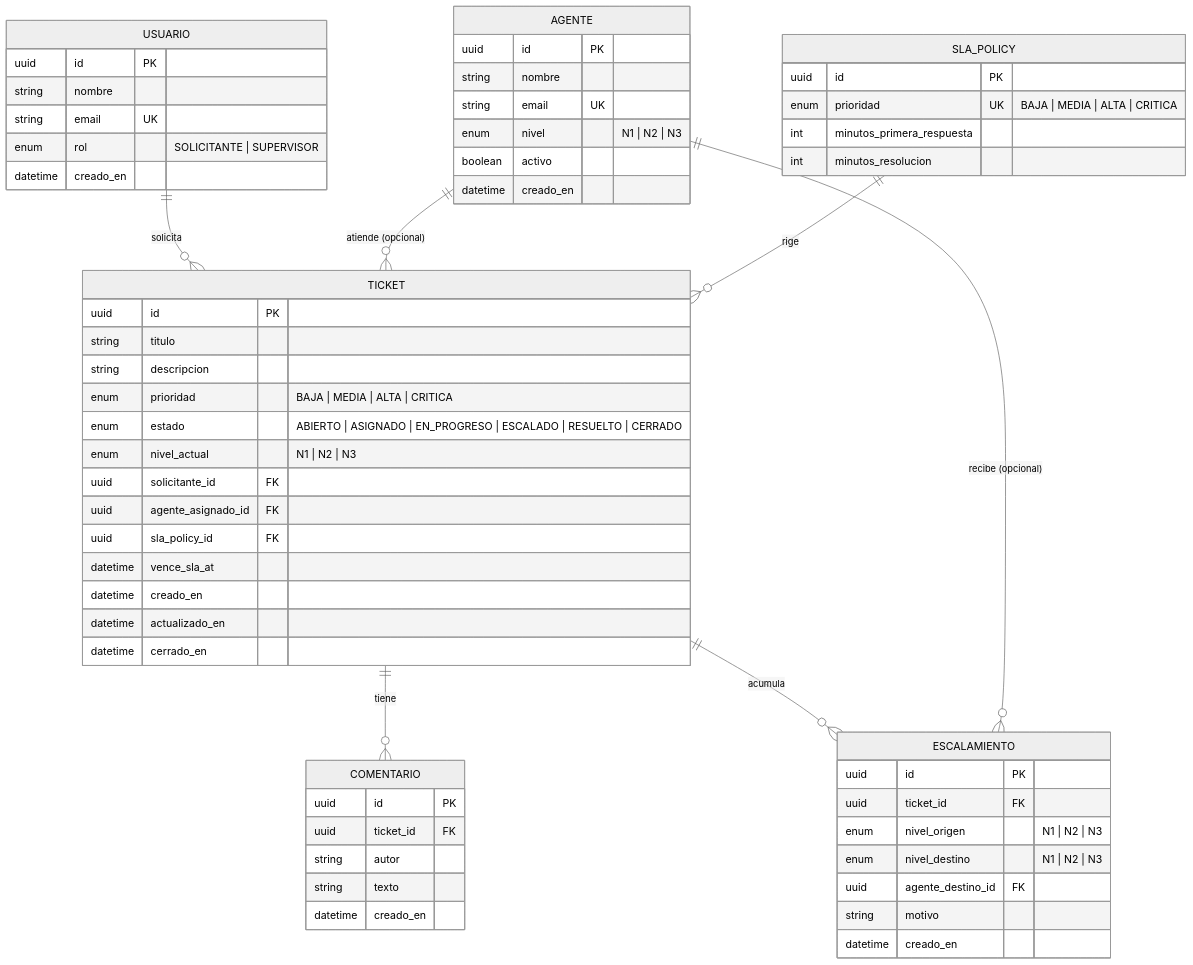
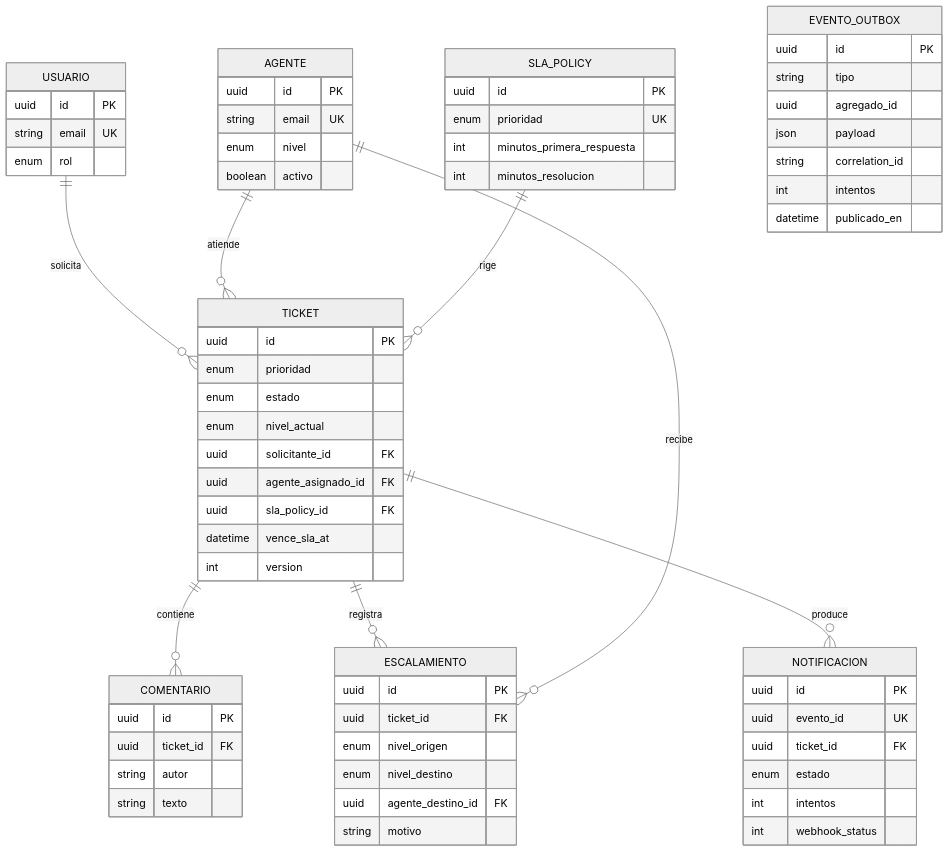
Before and after one commit to alexisjcarnero/IAEW-TPI: the diagram in docs/modelo-datos.md, drawn with Mermaid (neutral theme). The commit also changed other lines of this file and 71 other files, not shown here.

````diff
--- a/docs/modelo-datos.md
+++ b/docs/modelo-datos.md
@@ -7,67 +5,70 @@
 ```mermaid
 erDiagram
-    USUARIO ||--o{ TICKET : "solicita"
-    AGENTE ||--o{ TICKET : "atiende (opcional)"
-    SLA_POLICY ||--o{ TICKET : "rige"
-    TICKET ||--o{ COMENTARIO : "tiene"
-    TICKET ||--o{ ESCALAMIENTO : "acumula"
-    AGENTE ||--o{ ESCALAMIENTO : "recibe (opcional)"
+    USUARIO ||--o{ TICKET : solicita
+    AGENTE ||--o{ TICKET : atiende
+    SLA_POLICY ||--o{ TICKET : rige
+    TICKET ||--o{ COMENTARIO : contiene
+    TICKET ||--o{ ESCALAMIENTO : registra
+    AGENTE ||--o{ ESCALAMIENTO : recibe
+    TICKET ||--o{ NOTIFICACION : produce
 
     USUARIO {
-        uuid id PK
-        string nombre
-        string email UK
-        enum rol "SOLICITANTE | SUPERVISOR"
-        datetime creado_en
+      uuid id PK
+      string email UK
+      enum rol
     }
-
     AGENTE {
-        uuid id PK
-        string nombre
-        string email UK
-        enum nivel "N1 | N2 | N3"
-        boolean activo
-        datetime creado_en
+      uuid id PK
+      string email UK
+      enum nivel
+      boolean activo
     }
-
     SLA_POLICY {
-        uuid id PK
-        enum prioridad UK "BAJA | MEDIA | ALTA | CRITICA"
-        int minutos_primera_respuesta
-        int minutos_resolucion
+      uuid id PK
+      enum prioridad UK
+      int minutos_primera_respuesta
+      int minutos_resolucion
     }
-
     TICKET {
-        uuid id PK
-        string titulo
-        string descripcion
-        enum prioridad "BAJA | MEDIA | ALTA | CRITICA"
-        enum estado "ABIERTO | ASIGNADO | EN_PROGRESO | ESCALADO | RESUELTO | CERRADO"
-        enum nivel_actual "N1 | N2 | N3"
-        uuid solicitante_id FK
-        uuid agente_asignado_id FK
-        uuid sla_policy_id FK
-        datetime vence_sla_at
-        datetime creado_en
-        datetime actualizado_en
-        datetime cerrado_en
+      uuid id PK
+      enum prioridad
+      enum estado
+      enum nivel_actual
+      uuid solicitante_id FK
+      uuid agente_asignado_id FK
+      uuid sla_policy_id FK
+      datetime vence_sla_at
+      int version
     }
-
+    ESCALAMIENTO {
+      uuid id PK
+      uuid ticket_id FK
+      enum nivel_origen
+      enum nivel_destino
+      uuid agente_destino_id FK
+      string motivo
+    }
     COMENTARIO {
-        uuid id PK
-        uuid ticket_id FK
-        string autor
-        string texto
-        datetime creado_en
+      uuid id PK
+      uuid ticket_id FK
+      string autor
+      string texto
     }
-
-    ESCALAMIENTO {
-        uuid id PK
-        uuid ticket_id FK
-        enum nivel_origen "N1 | N2 | N3"
-        enum nivel_destino "N1 | N2 | N3"
-        uuid agente_destino_id FK
-        string motivo
-        datetime creado_en
+    NOTIFICACION {
+      uuid id PK
+      uuid evento_id UK
+      uuid ticket_id FK
+      enum estado
+      int intentos
+      int webhook_status
+    }
+    EVENTO_OUTBOX {
+      uuid id PK
+      string tipo
+      uuid agregado_id
+      json payload
+      string correlation_id
+      int intentos
+      datetime publicado_en
     }
 ```
````
